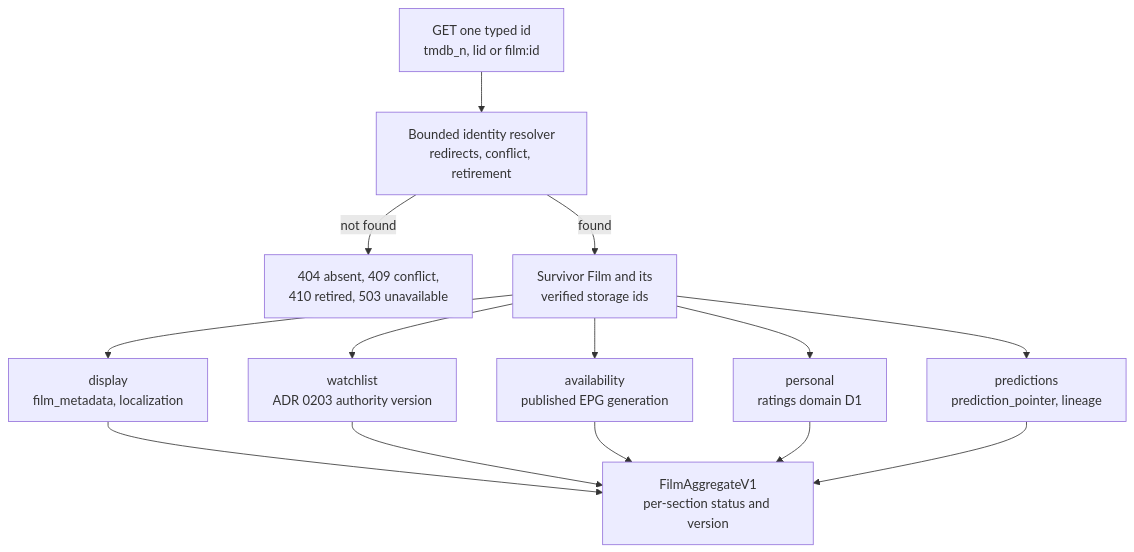
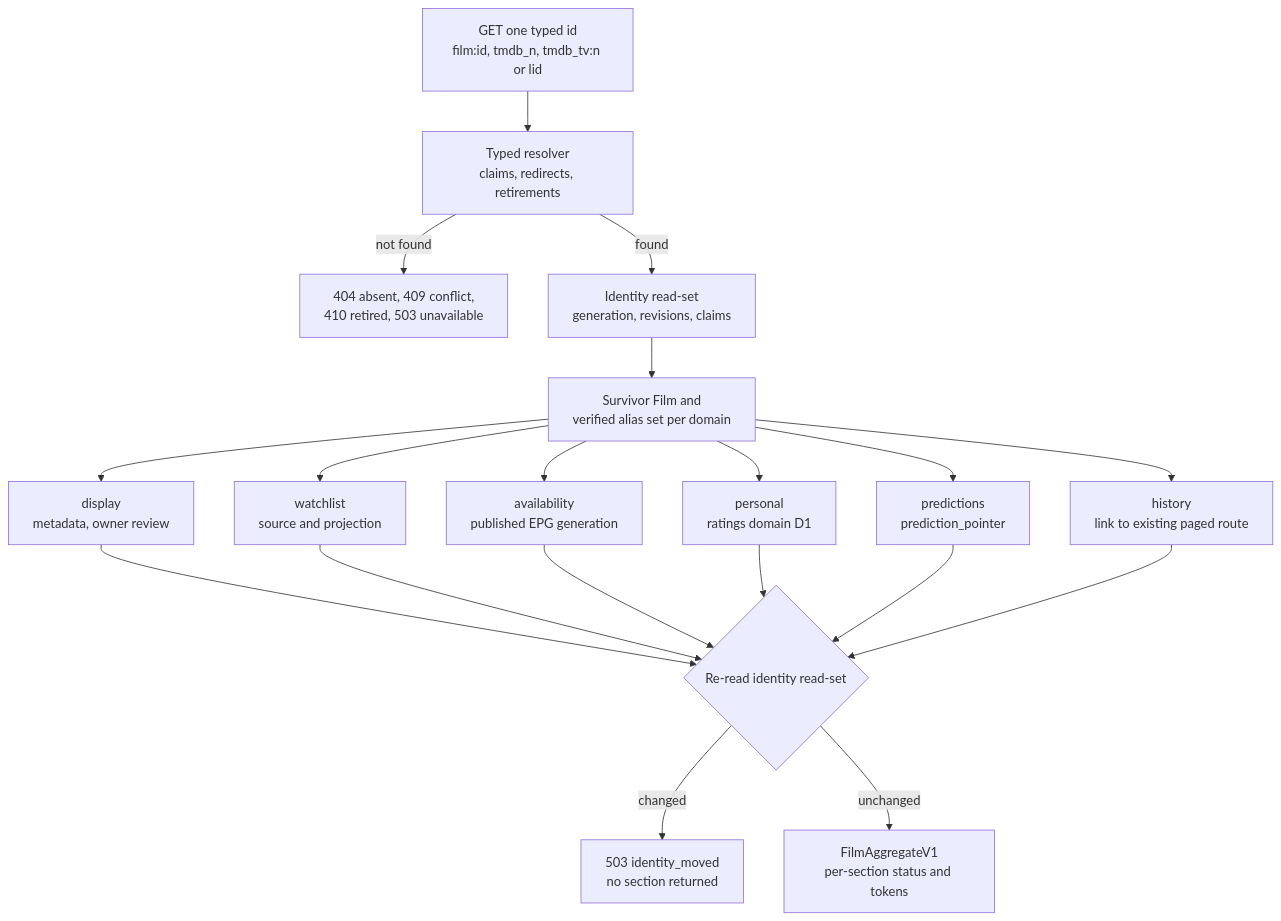
Before and after one commit to vladimino/iptv-watchlist: the fourth of 8 diagrams in docs/architecture/film-person-lifecycle.md, drawn with Mermaid. The commit also changed other lines of this file and 3 other files, not shown here.

First line of the commit message:
docs(adr): revise ADR 0216 after the independent review

````diff
--- a/docs/architecture/film-person-lifecycle.md
+++ b/docs/architecture/film-person-lifecycle.md
@@ -92,26 +92,35 @@
 ```mermaid
 flowchart TB
-    req["GET one typed id<br/>tmdb_n, lid or film:id"]
-    resolve["Bounded identity resolver<br/>redirects, conflict, retirement"]
+    req["GET one typed id<br/>film:id, tmdb_n, tmdb_tv:n or lid"]
+    resolve["Typed resolver<br/>claims, redirects, retirements"]
     fatal["404 absent, 409 conflict,<br/>410 retired, 503 unavailable"]
-    ids["Survivor Film and its<br/>verified storage ids"]
-    display["display<br/>film_metadata, localization"]
-    watch["watchlist<br/>ADR 0203 authority version"]
+    readset["Identity read-set<br/>generation, revisions, claims"]
+    ids["Survivor Film and<br/>verified alias set per domain"]
+    display["display<br/>metadata, owner review"]
+    watch["watchlist<br/>source and projection"]
     avail["availability<br/>published EPG generation"]
     personal["personal<br/>ratings domain D1"]
-    pred["predictions<br/>prediction_pointer, lineage"]
-    agg["FilmAggregateV1<br/>per-section status and version"]
+    pred["predictions<br/>prediction_pointer"]
+    history["history<br/>link to existing paged route"]
+    fence{"Re-read identity read-set"}
+    moved["503 identity_moved<br/>no section returned"]
+    agg["FilmAggregateV1<br/>per-section status and tokens"]
     req --> resolve
     resolve -->|not found| fatal
-    resolve -->|found| ids
+    resolve -->|found| readset
+    readset --> ids
     ids --> display
     ids --> watch
     ids --> avail
     ids --> personal
     ids --> pred
-    display --> agg
-    watch --> agg
-    avail --> agg
-    personal --> agg
-    pred --> agg
+    ids --> history
+    display --> fence
+    watch --> fence
+    avail --> fence
+    personal --> fence
+    pred --> fence
+    history --> fence
+    fence -->|changed| moved
+    fence -->|unchanged| agg
 ```
````
